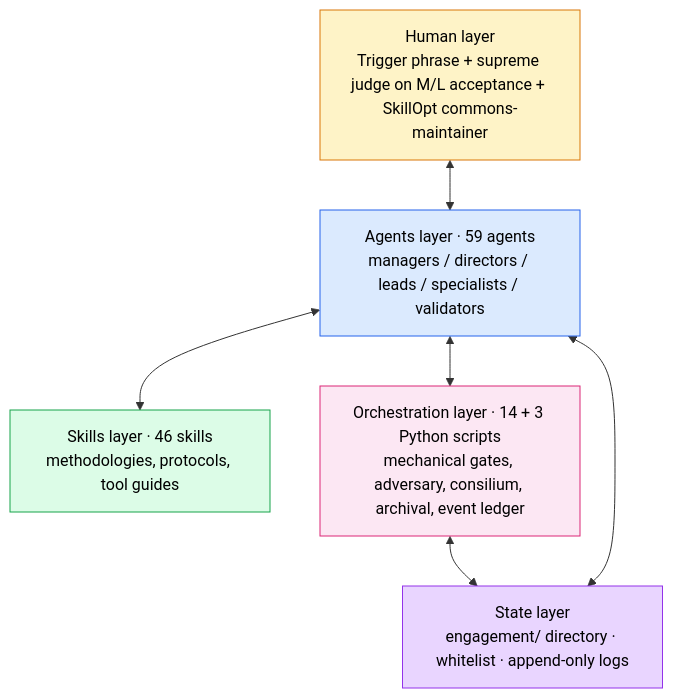
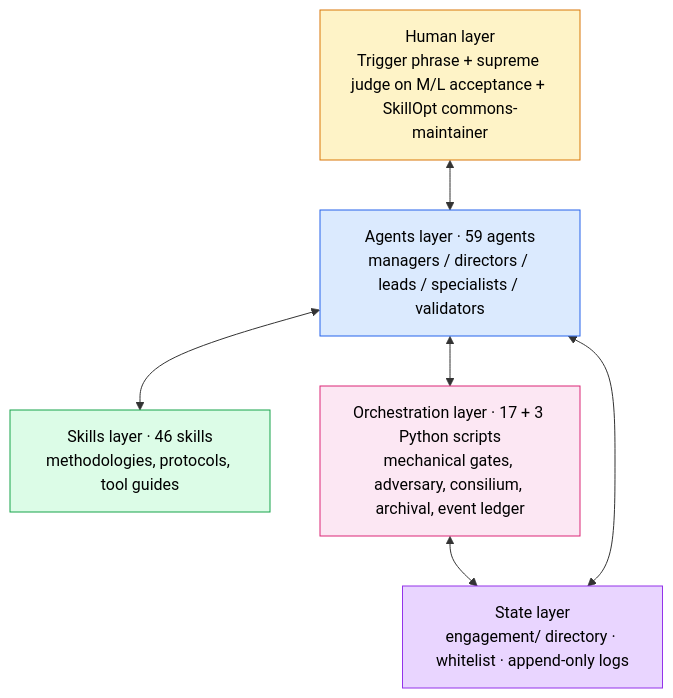
Before and after one commit to AgentShekel/agentic-workflow: the first of 2 diagrams in README.md, drawn with Mermaid. The commit also changed other lines of this file and 4 other files, not shown here.

````diff
--- a/README.md
+++ b/README.md
@@ -90,26 +90,26 @@
 ```mermaid
 flowchart TB
     H["Human layer<br/>Trigger phrase + supreme judge on M/L acceptance + SkillOpt commons-maintainer"]
     A["Agents layer · 59 agents<br/>managers / directors / leads / specialists / validators"]
     S["Skills layer · 46 skills<br/>methodologies, protocols, tool guides"]
-    O["Orchestration layer · 14 + 3 Python scripts<br/>mechanical gates, adversary, consilium, archival, event ledger"]
+    O["Orchestration layer · 17 + 3 Python scripts<br/>mechanical gates, adversary, consilium, archival, event ledger"]
     St["State layer<br/>engagement/ directory · whitelist · append-only logs"]
 
     H <--> A
     A <--> S
     A <--> O
     O <--> St
     A <--> St
 
     classDef human fill:#fef3c7,stroke:#d97706,color:#000
     classDef agents fill:#dbeafe,stroke:#2563eb,color:#000
     classDef skills fill:#dcfce7,stroke:#16a34a,color:#000
     classDef orch fill:#fce7f3,stroke:#db2777,color:#000
     classDef state fill:#e9d5ff,stroke:#9333ea,color:#000
 
     class H human
     class A agents
     class S skills
     class O orch
     class St state
 ```
````
